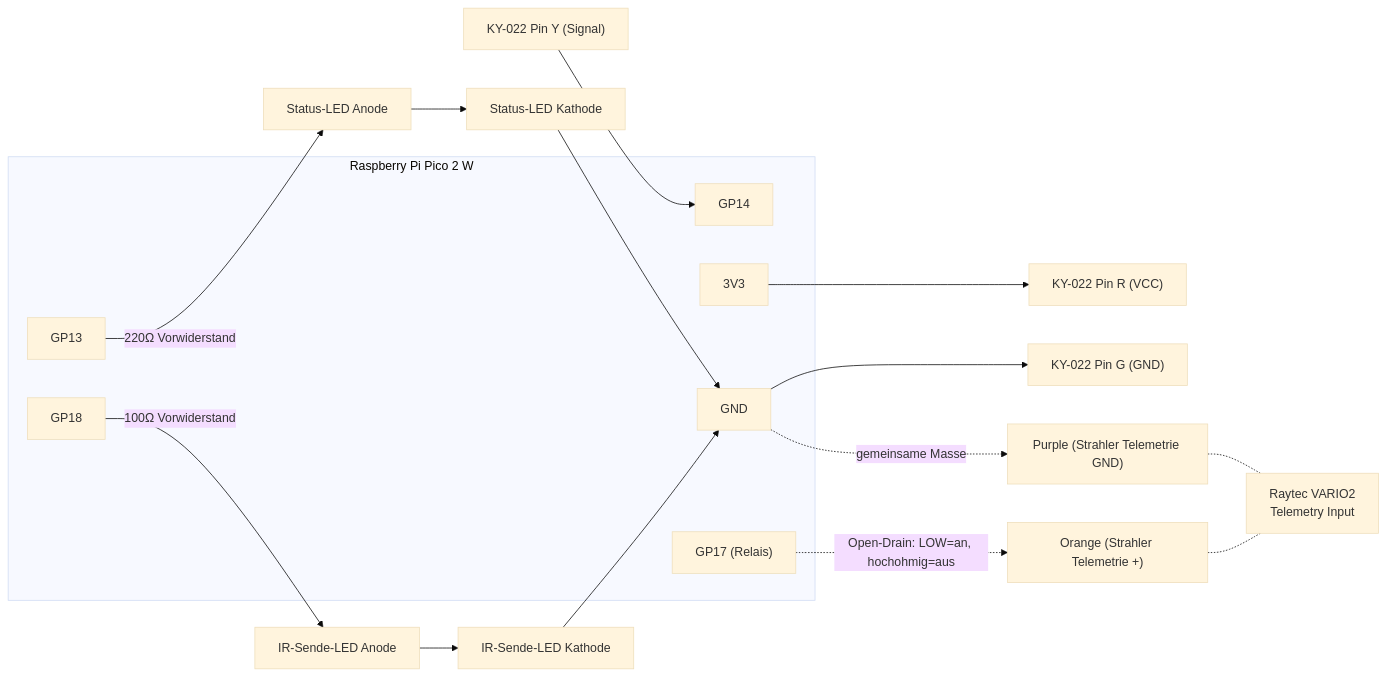
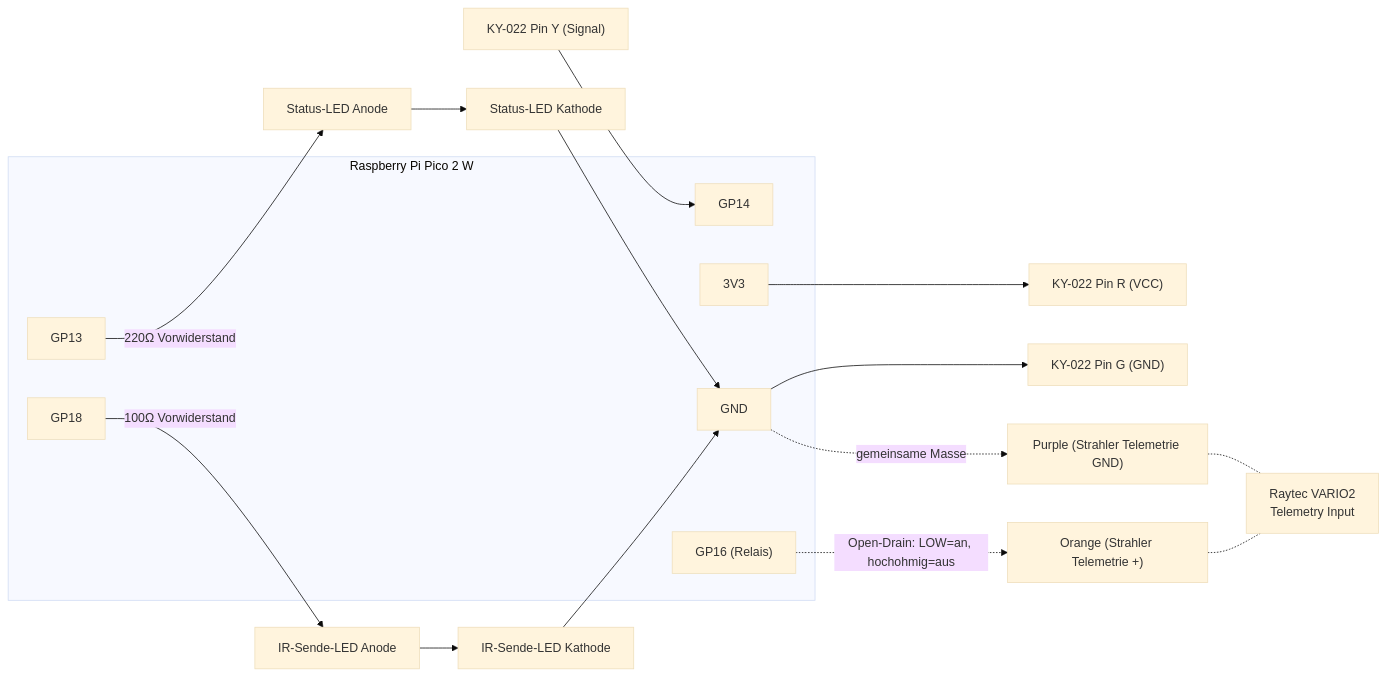
The diagram in README.md (Schwemmi2021/Pico_IR_Strahler), drawn with Mermaid (base theme) before and after one commit. The commit also changed other lines of this file and 1 other file, not shown here.

First line of the commit message:
Fix relay pin: GP17 developed same stuck-LOW fault as GP12, switched to GP16

````diff
--- a/README.md
+++ b/README.md
@@ -35,29 +42,29 @@
 ```mermaid
 graph LR
     subgraph PICO["Raspberry Pi Pico 2 W"]
         GP14["GP14"]
         GP18["GP18"]
         GP13["GP13"]
-        GP17["GP17 (Relais)"]
+        GP16["GP16 (Relais)"]
         GND["GND"]
         V3["3V3"]
     end
 
     V3 --> TSOP_R["KY-022 Pin R (VCC)"]
     GND --> TSOP_G["KY-022 Pin G (GND)"]
     TSOP_Y["KY-022 Pin Y (Signal)"] --> GP14
 
     GP18 -->|"100Ω Vorwiderstand"| LED1A["IR-Sende-LED Anode"]
     LED1A --> LED1K["IR-Sende-LED Kathode"]
     LED1K --> GND
 
     GP13 -->|"220Ω Vorwiderstand"| LED2A["Status-LED Anode"]
     LED2A --> LED2K["Status-LED Kathode"]
     LED2K --> GND
 
-    GP17 -.->|"Open-Drain: LOW=an, hochohmig=aus"| ORANGE["Orange (Strahler Telemetrie +)"]
+    GP16 -.->|"Open-Drain: LOW=an, hochohmig=aus"| ORANGE["Orange (Strahler Telemetrie +)"]
     GND -.->|gemeinsame Masse| PURPLE["Purple (Strahler Telemetrie GND)"]
 
     ORANGE -.- STRAHLER["Raytec VARIO2<br/>Telemetry Input"]
     PURPLE -.- STRAHLER
 ```
````
